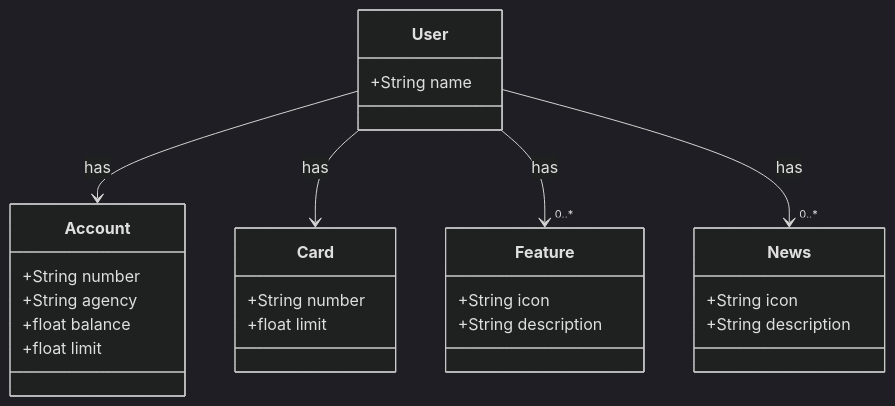
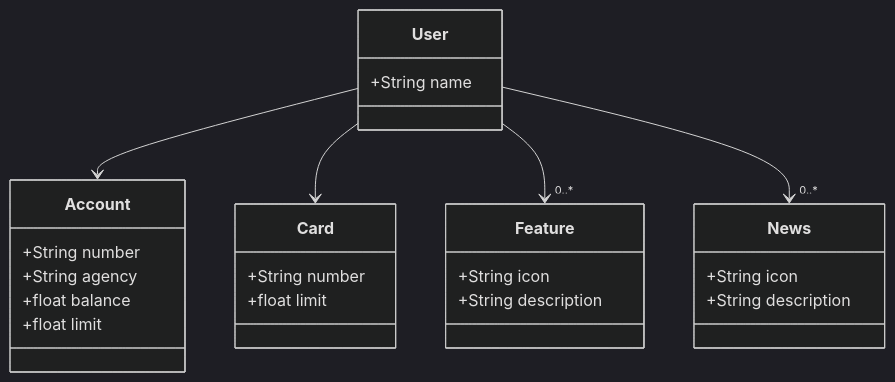
One commit to rafaelgioffi/bradesco-java-dio changed the diagram in santander-dev-week-2023/README.md. Above: the diagram before and after it, drawn with Mermaid (dark theme).

Commit message:
Diagrama de classes com ChatGPT e Mermaid

````diff
--- a/santander-dev-week-2023/README.md
+++ b/santander-dev-week-2023/README.md
@@ -2,33 +2,33 @@
 ```mermaid
 classDiagram
     class User {
         +String name
     }
 
     class Account {
         +String number
         +String agency
         +float balance
         +float limit
     }
 
     class Feature {
         +String icon
         +String description
     }
 
     class Card {
         +String number
         +float limit
     }
 
     class News {
         +String icon
         +String description
     }
 
-    User --> Account : has
-    User --> Card : has
-    User --> "0..*" Feature : has
-    User --> "0..*" News : has
+    User --> Account
+    User --> Card
+    User --> "0..*" Feature 
+    User --> "0..*" News
 ```
````
